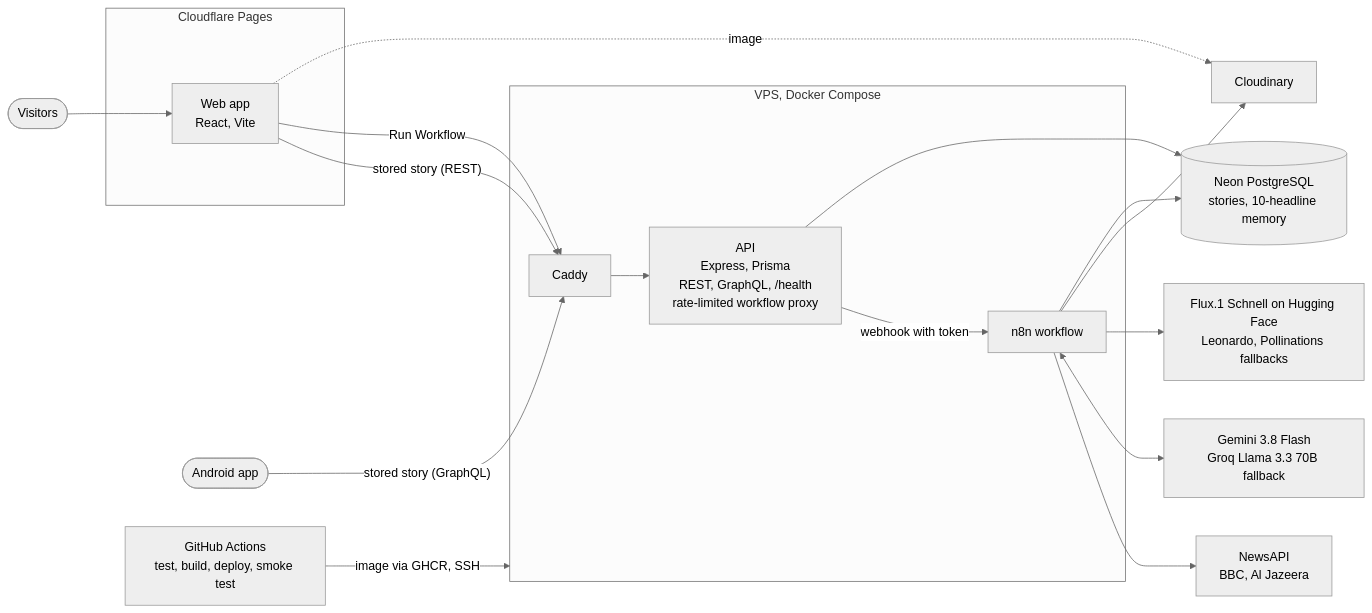
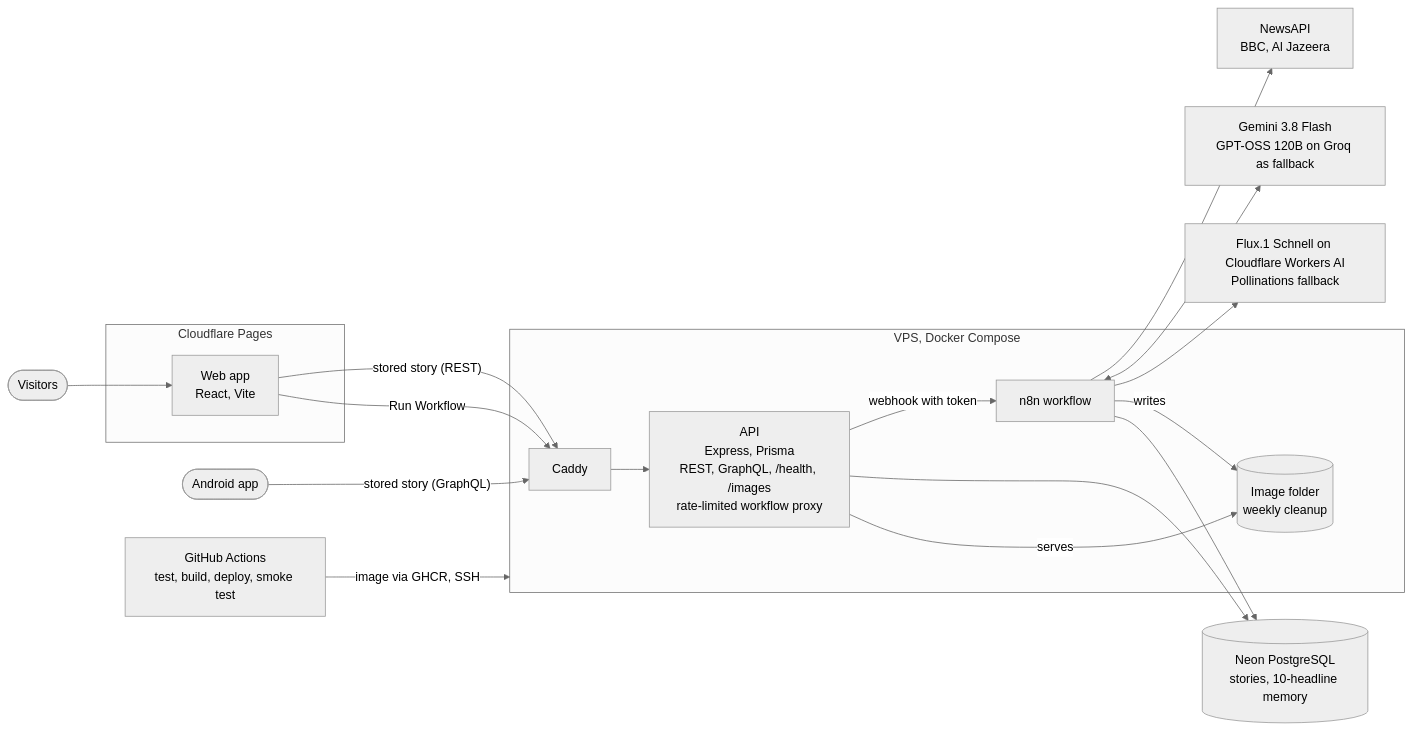
One commit to jonorl/agentic-ai-news-to-image changed the diagram in README.md. Above: the diagram before and after it, drawn with Mermaid (neutral theme). The commit also changed other lines of this file and 14 other files, not shown here.

````diff
--- a/README.md
+++ b/README.md
@@ -19,37 +19,37 @@
 ```mermaid
 flowchart LR
     visitors(["Visitors"])
     android(["Android app"])
 
     subgraph pages["Cloudflare Pages"]
         web["Web app<br/>React, Vite"]
     end
 
     subgraph vps["VPS, Docker Compose"]
         caddy["Caddy"]
-        api["API<br/>Express, Prisma<br/>REST, GraphQL, /health<br/>rate-limited workflow proxy"]
+        api["API<br/>Express, Prisma<br/>REST, GraphQL, /health, /images<br/>rate-limited workflow proxy"]
         n8n["n8n workflow"]
+        images[("Image folder<br/>weekly cleanup")]
     end
 
     neon[("Neon PostgreSQL<br/>stories, 10-headline memory")]
     news["NewsAPI<br/>BBC, Al Jazeera"]
-    llm["Gemini 3.8 Flash<br/>Groq Llama 3.3 70B fallback"]
-    img["Flux.1 Schnell on Hugging Face<br/>Leonardo, Pollinations fallbacks"]
-    cdn["Cloudinary"]
+    llm["Gemini 3.8 Flash<br/>GPT-OSS 120B on Groq as fallback"]
+    img["Flux.1 Schnell on Cloudflare Workers AI<br/>Pollinations fallback"]
     gha["GitHub Actions<br/>test, build, deploy, smoke test"]
 
     visitors --> web
     web -- "stored story (REST)" --> caddy
     android -- "stored story (GraphQL)" --> caddy
     web -- "Run Workflow" --> caddy
     caddy --> api
     api -- "webhook with token" --> n8n
     api --> neon
     n8n --> news
     n8n <--> llm
     n8n --> img
-    n8n --> cdn
+    n8n -- "writes" --> images
+    api -- "serves" --> images
     n8n --> neon
-    web -. "image" .-> cdn
     gha -- "image via GHCR, SSH" --> vps
 ```
````
